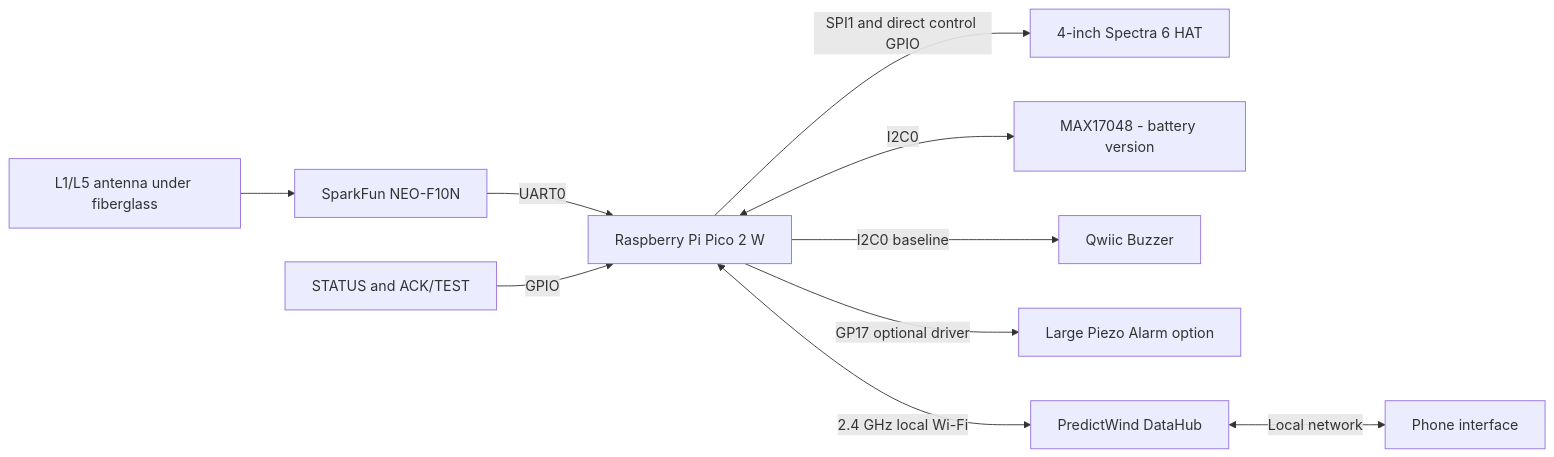
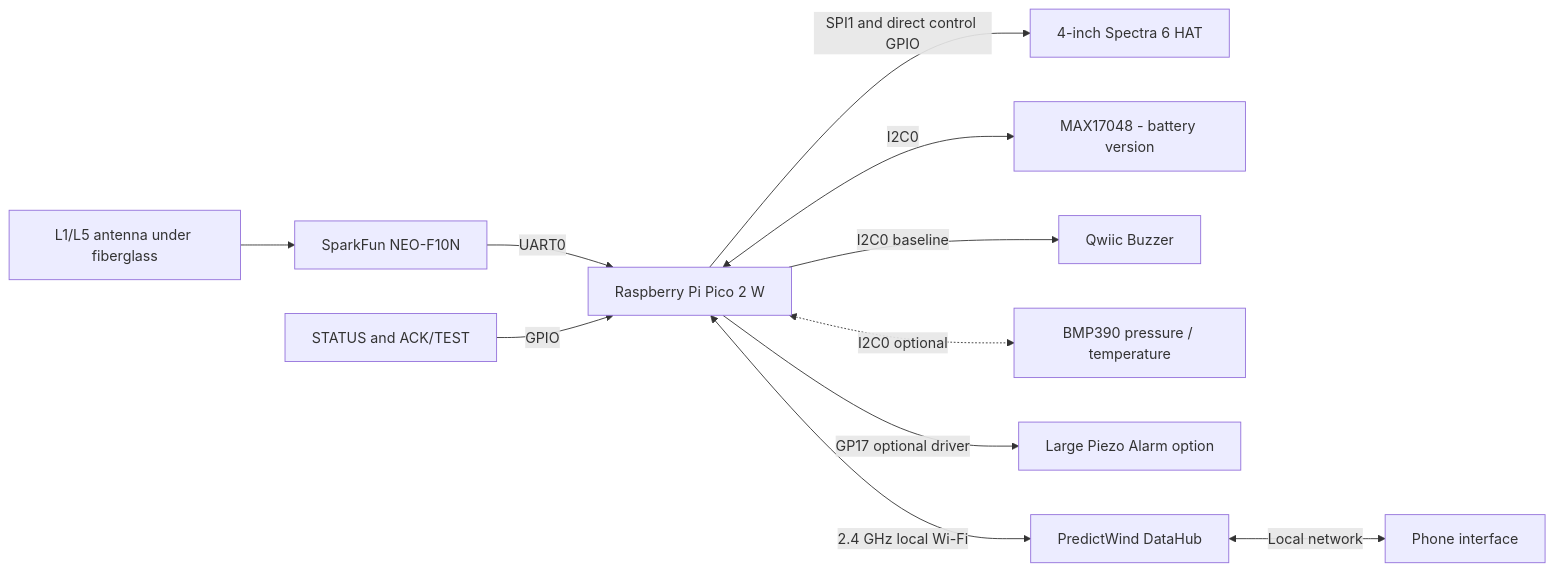
Before and after one commit to frye/moorpheus: the first of 5 diagrams in docs/pico_2_w_anchor_alarm_build_guide_v2.md, drawn with Mermaid. The commit also changed other lines of this file and 4 other files, not shown here.

First line of the commit message:
Document optional BMP390 for offline pressure and temperature trends

````diff
--- a/docs/pico_2_w_anchor_alarm_build_guide_v2.md
+++ b/docs/pico_2_w_anchor_alarm_build_guide_v2.md
@@ -47,12 +47,13 @@
 ```mermaid
 flowchart LR
     ANT["L1/L5 antenna under fiberglass"] --> GNSS["SparkFun NEO-F10N"]
     GNSS -->|UART0| PICO["Raspberry Pi Pico 2 W"]
     PICO -->|"SPI1 and direct control GPIO"| EPD["4-inch Spectra 6 HAT"]
     BUTTONS["STATUS and ACK/TEST"] -->|GPIO| PICO
     PICO <-->|I2C0| GAUGE["MAX17048 - battery version"]
     PICO -->|I2C0 baseline| QBUZZ["Qwiic Buzzer"]
+    PICO <-.->|"I2C0 optional"| WEATHER["BMP390 pressure / temperature"]
     PICO -->|"GP17 optional driver"| ALARM["Large Piezo Alarm option"]
     PICO <-->|"2.4 GHz local Wi-Fi"| HUB["PredictWind DataHub"]
     HUB <-->|Local network| PHONE["Phone interface"]
 ```
````
